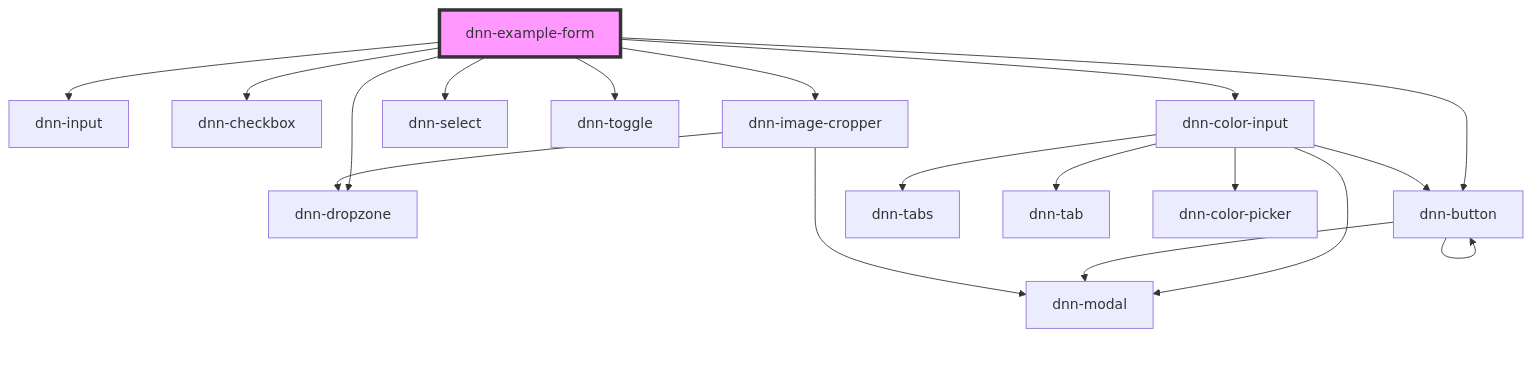
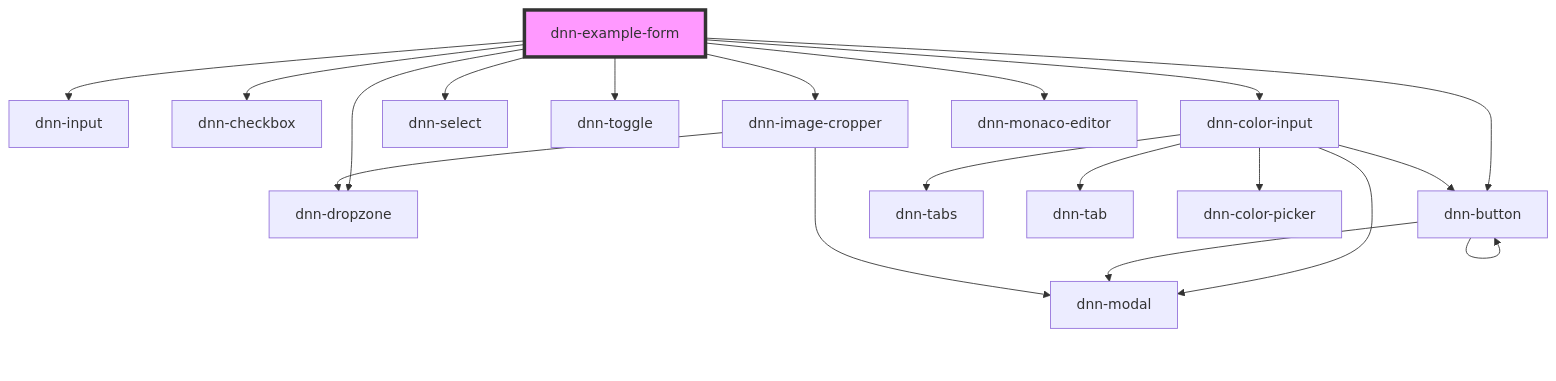
One commit to DNNCommunity/dnn-elements changed the diagram in packages/stencil-library/src/components/examples/dnn-example-form/readme.md. Above: the diagram before and after it, drawn with Mermaid. The commit also changed other lines of this file and 25 other files, not shown here.

````diff
--- a/packages/stencil-library/src/components/examples/dnn-example-form/readme.md
+++ b/packages/stencil-library/src/components/examples/dnn-example-form/readme.md
@@ -26,21 +27,22 @@
 ```mermaid
 graph TD;
   dnn-example-form --> dnn-input
   dnn-example-form --> dnn-checkbox
   dnn-example-form --> dnn-color-input
   dnn-example-form --> dnn-select
   dnn-example-form --> dnn-toggle
   dnn-example-form --> dnn-dropzone
   dnn-example-form --> dnn-image-cropper
+  dnn-example-form --> dnn-monaco-editor
   dnn-example-form --> dnn-button
   dnn-color-input --> dnn-modal
   dnn-color-input --> dnn-tabs
   dnn-color-input --> dnn-tab
   dnn-color-input --> dnn-color-picker
   dnn-color-input --> dnn-button
   dnn-button --> dnn-modal
   dnn-button --> dnn-button
   dnn-image-cropper --> dnn-dropzone
   dnn-image-cropper --> dnn-modal
   style dnn-example-form fill:#f9f,stroke:#333,stroke-width:4px
 ```
````
